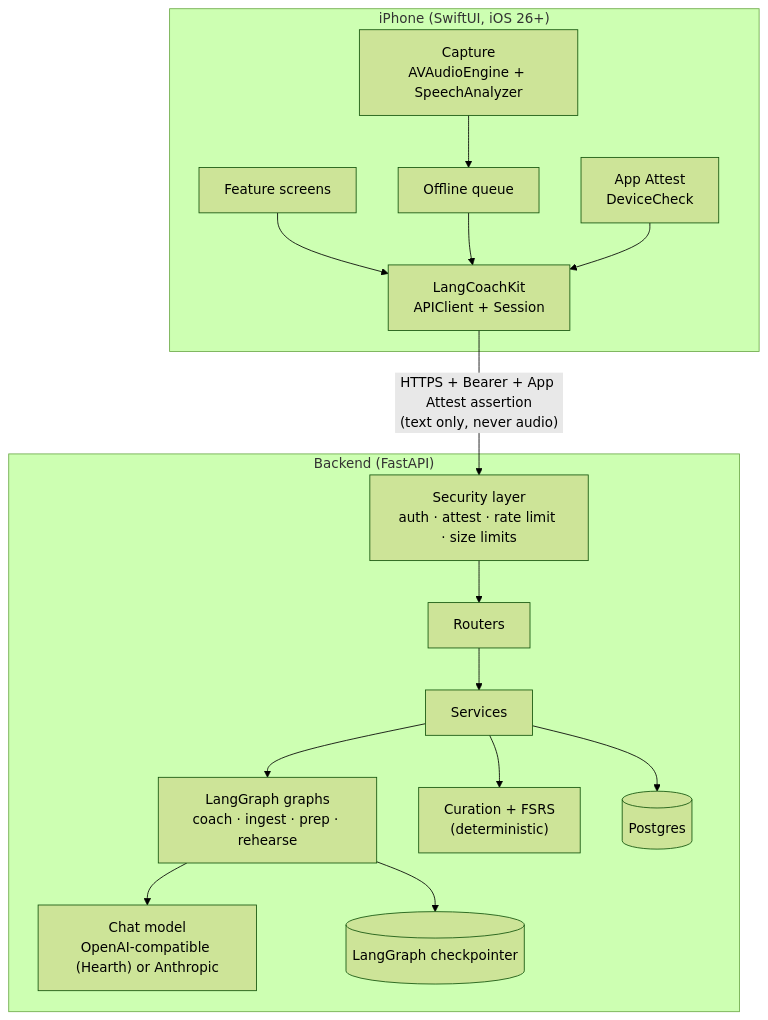
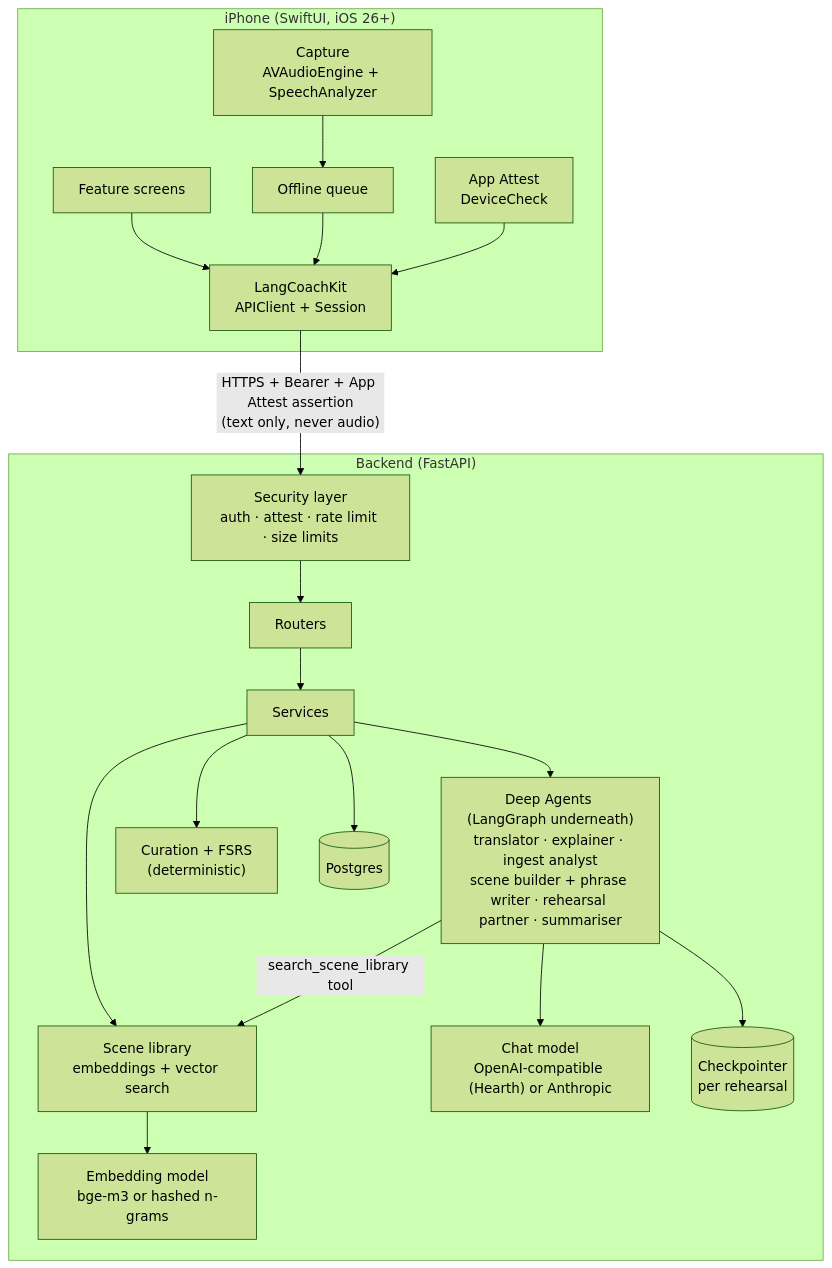
The diagram in docs/05-architecture.md (AiKoushik/intuye), drawn with Mermaid (forest theme) before and after one commit. The commit also changed other lines of this file and 6 other files, not shown here.

First line of the commit message:
docs: plan the shared scene library and the move to Deep Agents

````diff
--- a/docs/05-architecture.md
+++ b/docs/05-architecture.md
@@ -3,19 +3,22 @@
 ```mermaid
 flowchart TB
   subgraph Phone["iPhone (SwiftUI, iOS 26+)"]
     Cap["Capture<br/>AVAudioEngine + SpeechAnalyzer"] --> Q["Offline queue"]
     UI["Feature screens"] --> Kit["LangCoachKit<br/>APIClient + Session"]
     Q --> Kit
     Att["App Attest<br/>DeviceCheck"] --> Kit
   end
   Kit -- "HTTPS + Bearer + App Attest assertion<br/>(text only, never audio)" --> GW
   subgraph Server["Backend (FastAPI)"]
     GW["Security layer<br/>auth · attest · rate limit · size limits"] --> R["Routers"]
     R --> S["Services"]
-    S --> G["LangGraph graphs<br/>coach · ingest · prep · rehearse"]
+    S --> G["Deep Agents (LangGraph underneath)<br/>translator · explainer · ingest analyst<br/>scene builder + phrase writer · rehearsal partner · summariser"]
     S --> C["Curation + FSRS<br/>(deterministic)"]
+    S --> V["Scene library<br/>embeddings + vector search"]
+    G -- "search_scene_library tool" --> V
     G --> L["Chat model<br/>OpenAI-compatible (Hearth) or Anthropic"]
+    V --> E["Embedding model<br/>bge-m3 or hashed n-grams"]
     S --> DB[("Postgres")]
-    G --> CP[("LangGraph checkpointer")]
+    G --> CP[("Checkpointer<br/>per rehearsal")]
   end
 ```
````
